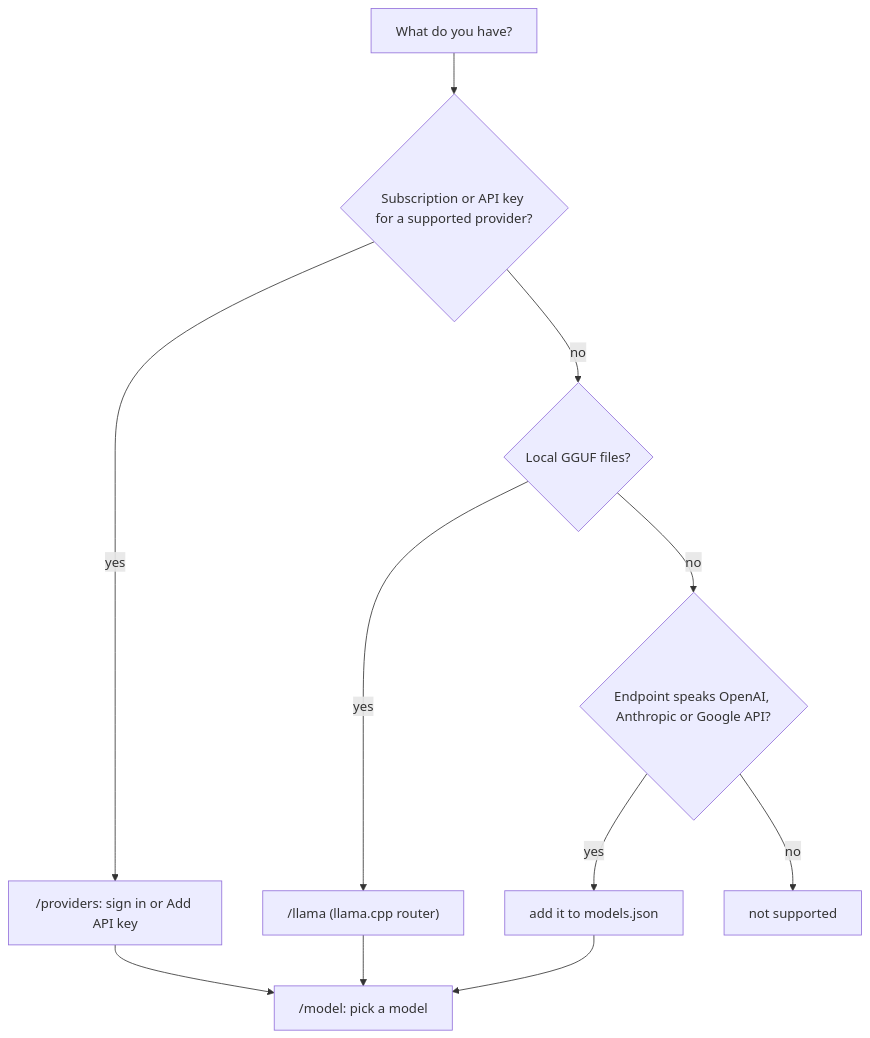
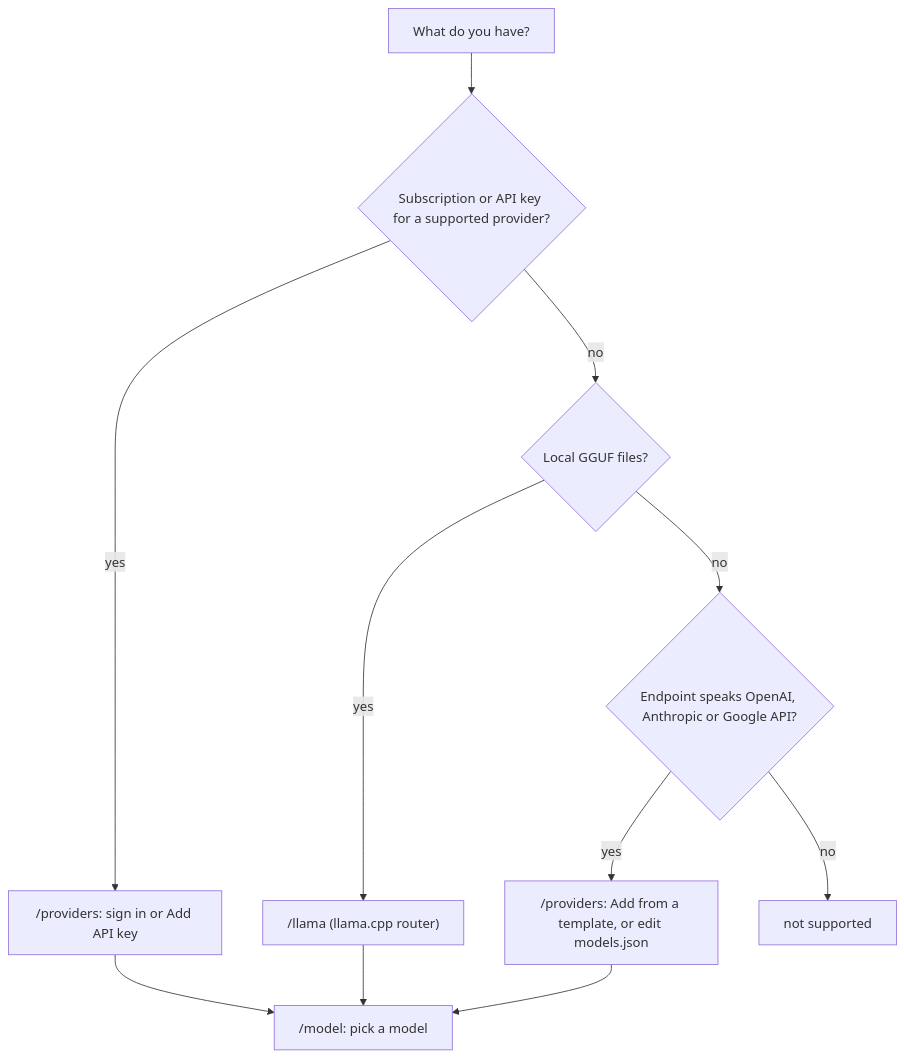
One commit to bgauryy/octocode-coding-agent changed the first of 2 diagrams in packages/coding-agent/docs/models.md. Above: the diagram before and after it, drawn with Mermaid. The commit also changed other lines of this file and 630 other files, not shown here.

````diff
--- a/packages/coding-agent/docs/models.md
+++ b/packages/coding-agent/docs/models.md
@@ -5,13 +5,13 @@
 ```mermaid
 flowchart TD
     A[What do you have?] --> B{Subscription or API key for a supported provider?}
     B -- yes --> C["/providers: sign in or Add API key"]
     B -- no --> D{Local GGUF files?}
     D -- yes --> E["/llama (llama.cpp router)"]
     D -- no --> F{Endpoint speaks OpenAI, Anthropic or Google API?}
-    F -- yes --> G["add it to models.json"]
+    F -- yes --> G["/providers: Add from a template, or edit models.json"]
     F -- no --> H[not supported]
     C --> M["/model: pick a model"]
     E --> M
     G --> M
 ```
````
